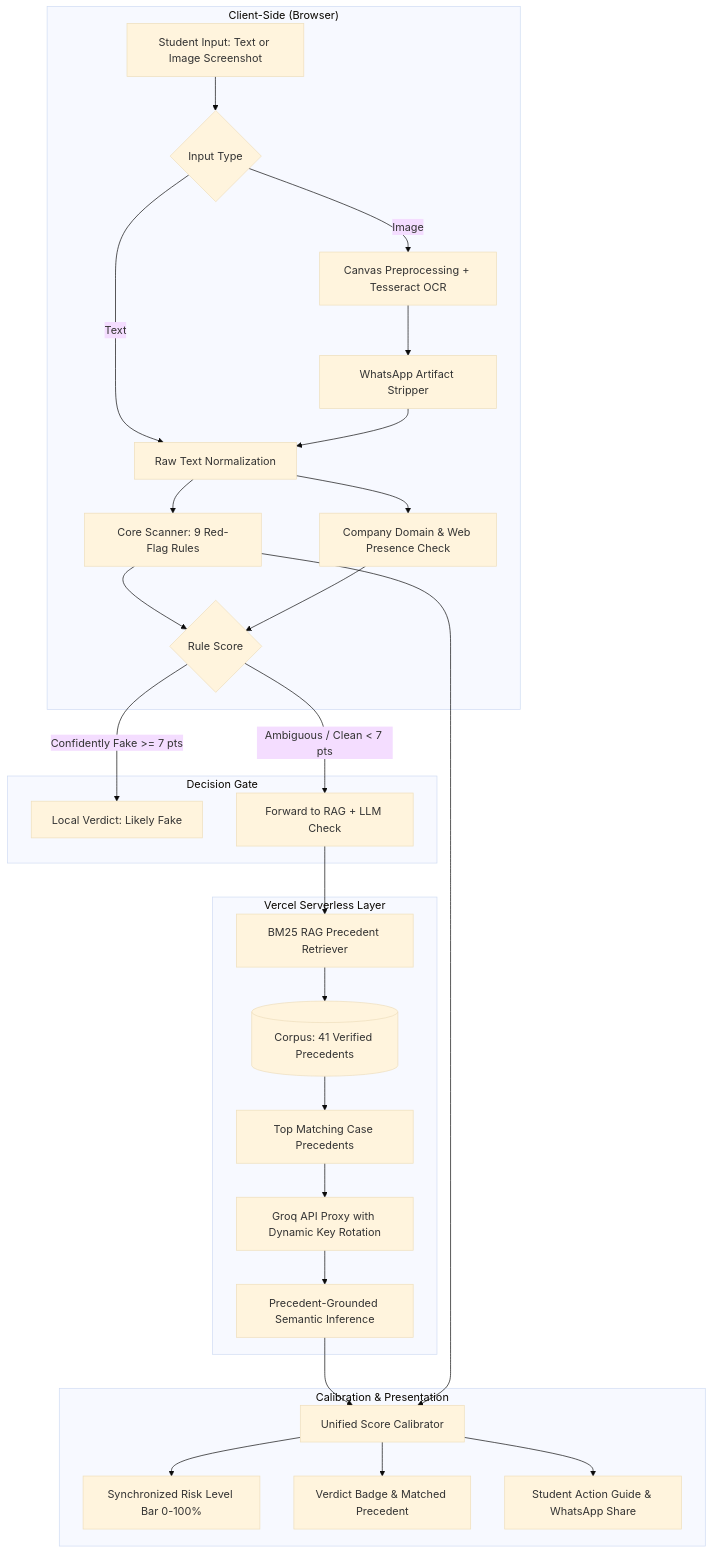
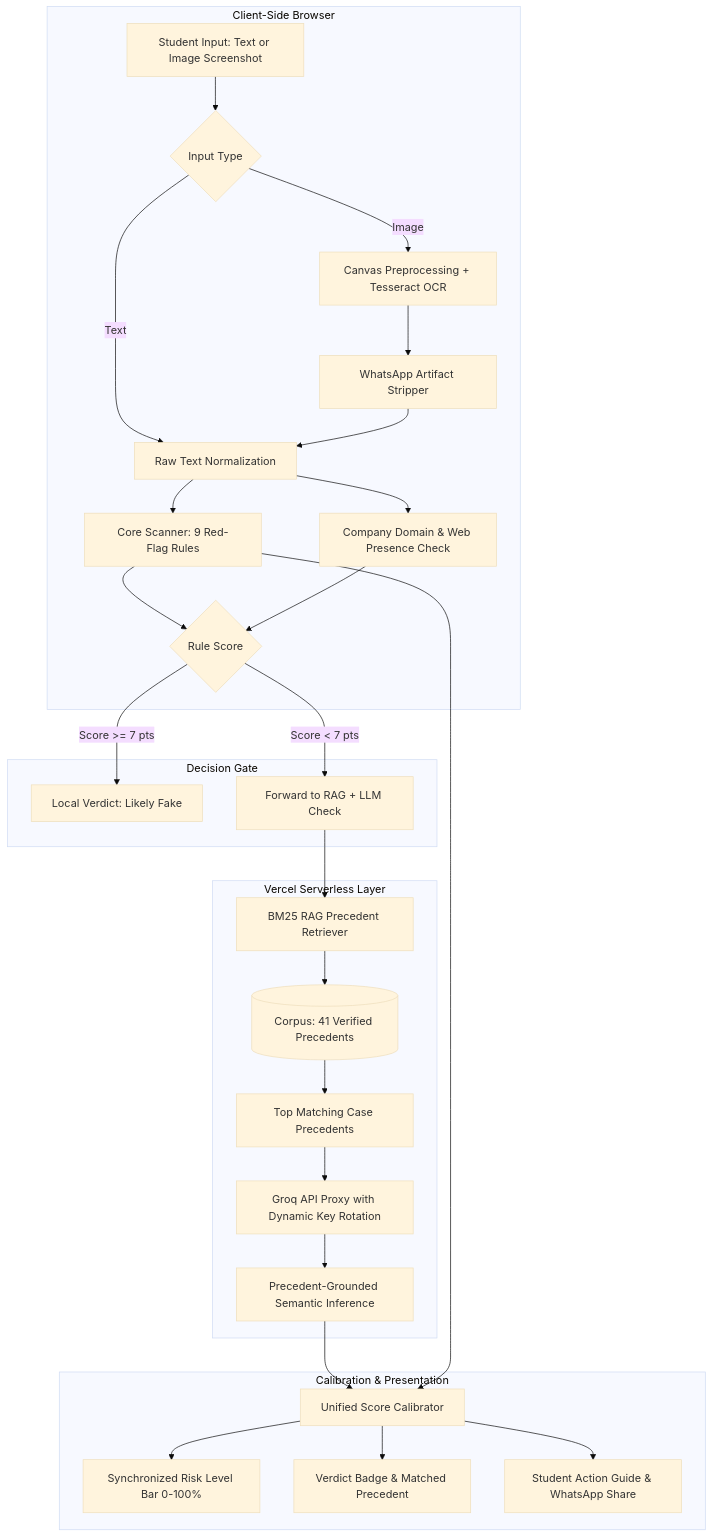
One commit to JosephJonathanFernandes/ScamRadar-for-Interns changed the diagram in docs/ARCHITECTURE.md. Above: the diagram before and after it, drawn with Mermaid (base theme). The commit also changed 1 other file, not shown here.

Commit message:
fix: quote Mermaid node labels and subgraphs to ensure error-free rendering on GitHub

````diff
--- a/docs/ARCHITECTURE.md
+++ b/docs/ARCHITECTURE.md
@@ -24,36 +24,36 @@
 ```mermaid
 flowchart TD
-    subgraph Client ["Client-Side (Browser)"]
-        A[Student Input: Text or Image Screenshot] --> B{Input Type}
-        B -->|Image| C[Canvas Preprocessing + Tesseract OCR]
-        C --> D[WhatsApp Artifact Stripper]
-        B -->|Text| E[Raw Text Normalization]
+    subgraph Client ["Client-Side Browser"]
+        A["Student Input: Text or Image Screenshot"] --> B{"Input Type"}
+        B -->|Image| C["Canvas Preprocessing + Tesseract OCR"]
+        C --> D["WhatsApp Artifact Stripper"]
+        B -->|Text| E["Raw Text Normalization"]
         D --> E
         
-        E --> F[Core Scanner: 9 Red-Flag Rules]
-        E --> G[Company Domain & Web Presence Check]
-        F --> H{Rule Score}
+        E --> F["Core Scanner: 9 Red-Flag Rules"]
+        E --> G["Company Domain & Web Presence Check"]
+        F --> H{"Rule Score"}
         G --> H
     end
 
     subgraph Gate ["Decision Gate"]
-        H -->|Confidently Fake >= 7 pts| I[Local Verdict: Likely Fake]
-        H -->|Ambiguous / Clean < 7 pts| J[Forward to RAG + LLM Check]
+        H -->|Score >= 7 pts| I["Local Verdict: Likely Fake"]
+        H -->|Score < 7 pts| J["Forward to RAG + LLM Check"]
     end
 
     subgraph Serverless ["Vercel Serverless Layer"]
-        J --> K[BM25 RAG Precedent Retriever]
-        K --> L[(Corpus: 41 Verified Precedents)]
-        L --> M[Top Matching Case Precedents]
-        M --> N[Groq API Proxy with Dynamic Key Rotation]
-        N --> O[Precedent-Grounded Semantic Inference]
+        J --> K["BM25 RAG Precedent Retriever"]
+        K --> L[("Corpus: 41 Verified Precedents")]
+        L --> M["Top Matching Case Precedents"]
+        M --> N["Groq API Proxy with Dynamic Key Rotation"]
+        N --> O["Precedent-Grounded Semantic Inference"]
     end
 
     subgraph Calibration ["Calibration & Presentation"]
-        O --> P[Unified Score Calibrator]
+        O --> P["Unified Score Calibrator"]
         F --> P
-        P --> Q[Synchronized Risk Level Bar 0-100%]
-        P --> R[Verdict Badge & Matched Precedent]
-        P --> S[Student Action Guide & WhatsApp Share]
+        P --> Q["Synchronized Risk Level Bar 0-100%"]
+        P --> R["Verdict Badge & Matched Precedent"]
+        P --> S["Student Action Guide & WhatsApp Share"]
     end
 ```
````
